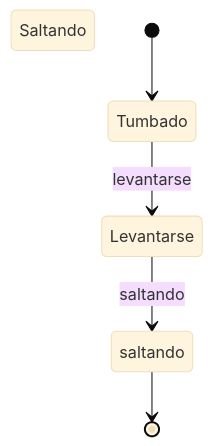
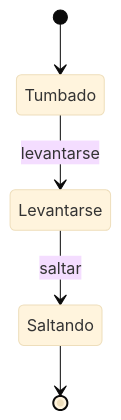
Before and after one commit to AlexisPradasGallen/Kahoot: the third of 3 diagrams in README.md, drawn with Mermaid (base theme).

````diff
--- a/README.md
+++ b/README.md
@@ -40,10 +40,11 @@
 ```mermaid
 stateDiagram-v2
     state "Tumbado" as tumbado
     state "Levantarse" as levantado
-    state "Saltando" as saltar
+    state "Saltando" as saltando
+
     [*] --> tumbado
     tumbado --> levantado: levantarse
-    levantado --> saltando: saltando
+    levantado --> saltando: saltar
     saltando --> [*]
 ```
````
